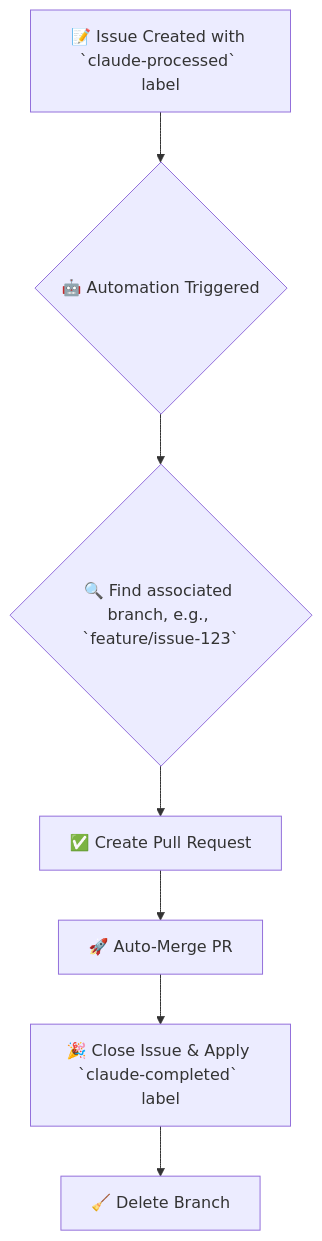
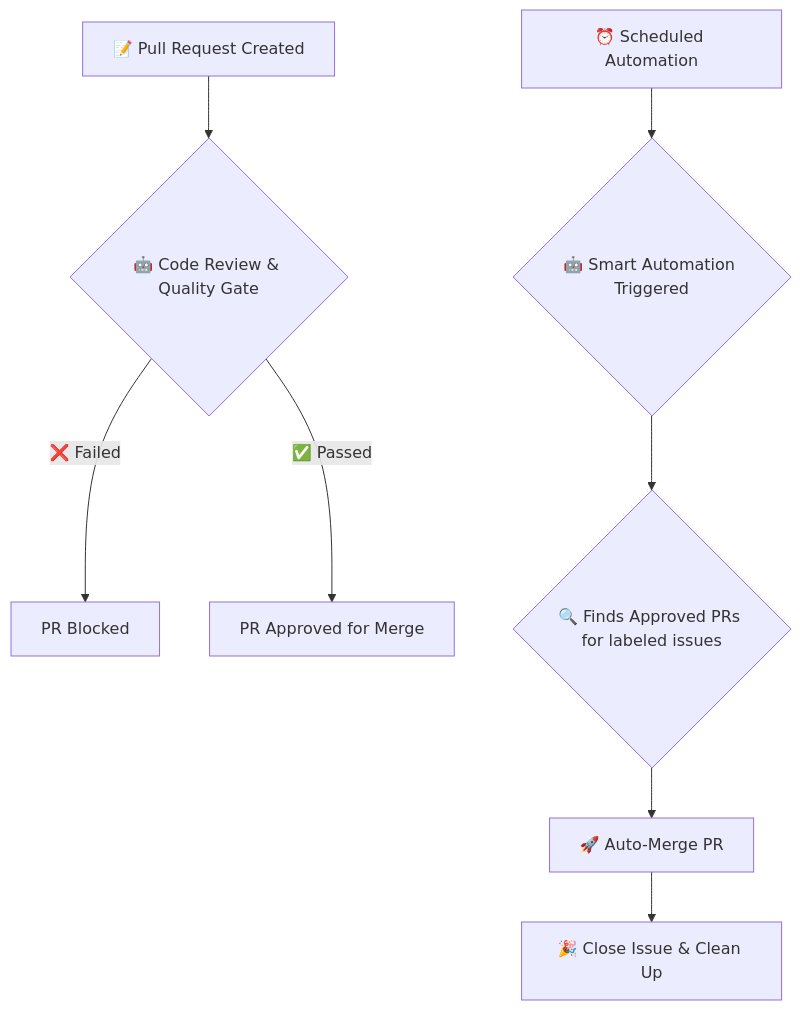
Before and after one commit to takezou621/claude-automation: the diagram in README.md, drawn with Mermaid. The commit also changed other lines of this file and 6 other files, not shown here.

````diff
--- a/README.md
+++ b/README.md
@@ -13,9 +13,10 @@
 ```mermaid
 graph TD
-    A[📝 Issue Created with `claude-processed` label] --> B{🤖 Automation Triggered};
-    B --> C{🔍 Find associated branch, e.g., `feature/issue-123`};
-    C --> D[✅ Create Pull Request];
-    D --> E[🚀 Auto-Merge PR];
-    E --> F[🎉 Close Issue & Apply `claude-completed` label];
-    F --> G[🧹 Delete Branch];
+    A[📝 Pull Request Created] --> B{🤖 Code Review & Quality Gate};
+    B --> |❌ Failed| C[PR Blocked];
+    B --> |✅ Passed| D[PR Approved for Merge];
+    E[⏰ Scheduled Automation] --> F{🤖 Smart Automation Triggered};
+    F --> G{🔍 Finds Approved PRs for labeled issues};
+    G --> H[🚀 Auto-Merge PR];
+    H --> I[🎉 Close Issue & Clean Up];
 ```
````
